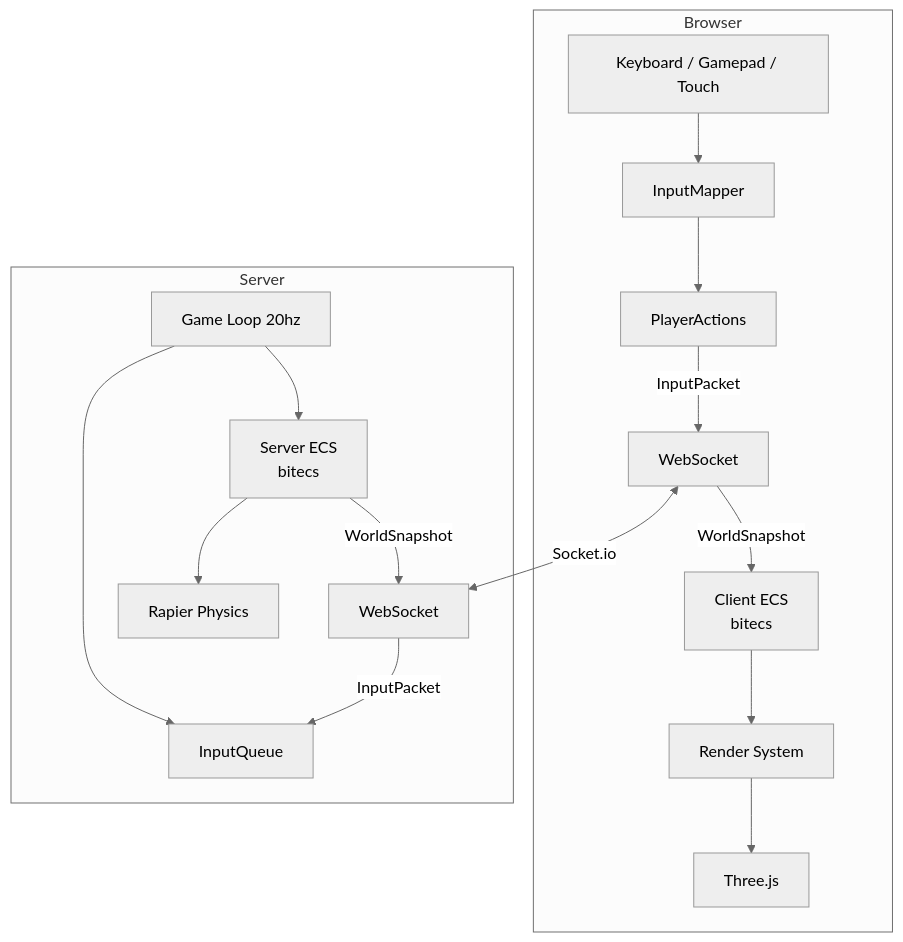
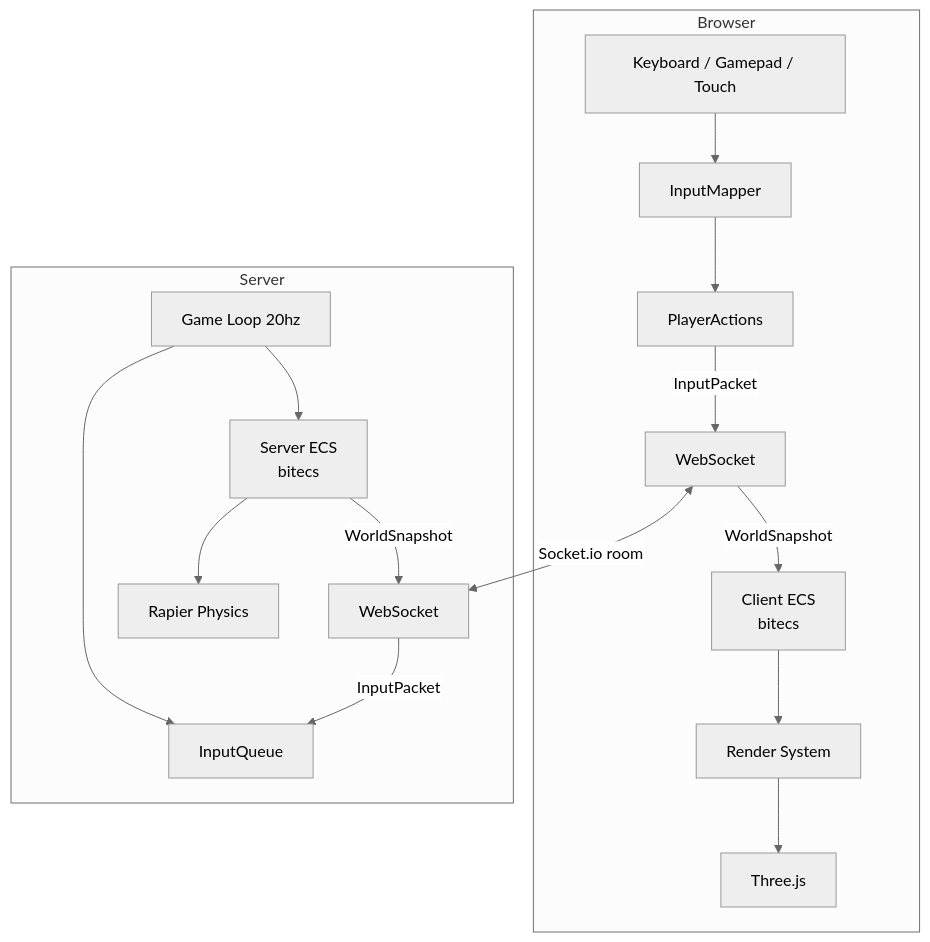
The diagram in docs/superpowers/specs/2026-03-29-mayhem-architecture-design.md (tlaanemaa/mayhem), drawn with Mermaid (neutral theme) before and after one commit. The commit also changed other lines of this file and 1 other file, not shown here.

Commit message:
Update project plan and architecture design to reflect multi-game support and entity model enhancements

````diff
--- a/docs/superpowers/specs/2026-03-29-mayhem-architecture-design.md
+++ b/docs/superpowers/specs/2026-03-29-mayhem-architecture-design.md
@@ -134,21 +201,21 @@
 ```mermaid
 graph TB
   subgraph Browser
     Devices[Keyboard / Gamepad / Touch] --> InputMapper
     InputMapper --> PlayerActions
     PlayerActions -->|InputPacket| WS[WebSocket]
     WS -->|WorldSnapshot| ClientECS[Client ECS\nbitecs]
     ClientECS --> RenderSystem[Render System]
     RenderSystem --> ThreeJS[Three.js]
   end
 
   subgraph Server
     WS2[WebSocket] -->|InputPacket| InputQueue
     GameLoop[Game Loop 20hz] --> InputQueue
     GameLoop --> ServerECS[Server ECS\nbitecs]
     ServerECS --> Rapier[Rapier Physics]
     ServerECS -->|WorldSnapshot| WS2
   end
 
-  WS <-->|Socket.io| WS2
+  WS <-->|Socket.io room| WS2
 ```
````
